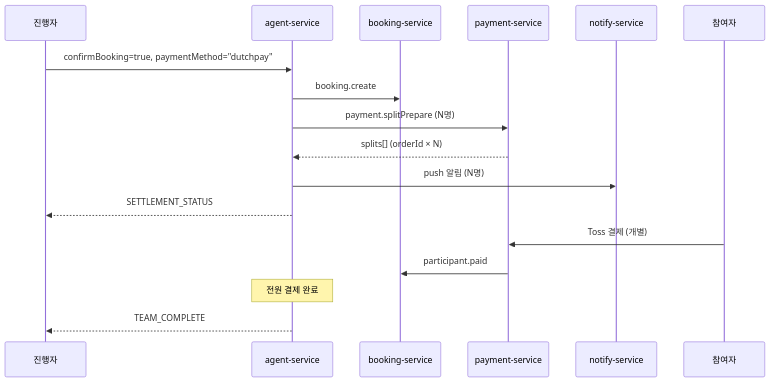
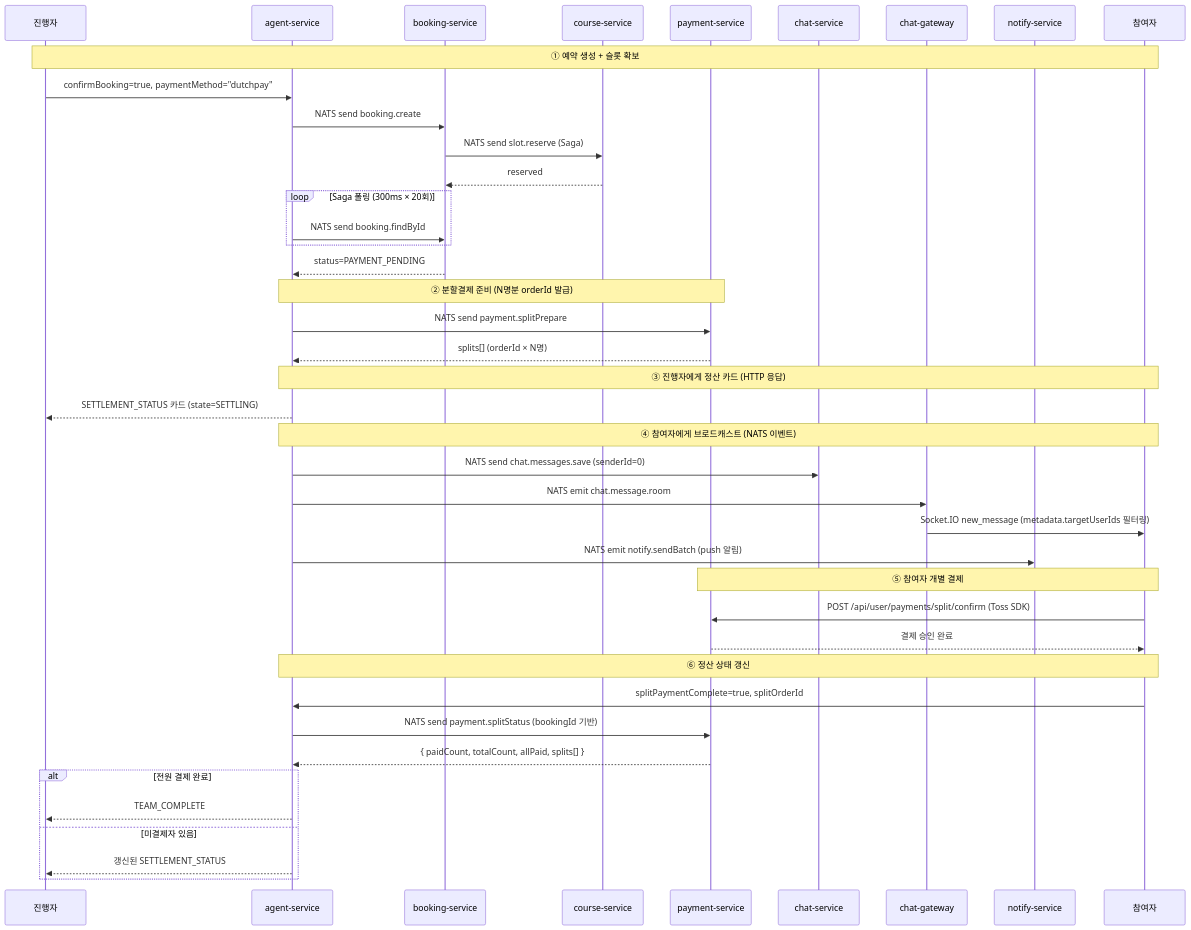
The third of 3 diagrams in docs/workflow/AGENT.md (uniyous/parkgolf-platform), drawn with Mermaid before and after one commit. The commit also changed other lines of this file and 10 other files, not shown here.

First line of the commit message:
feat(chat): 더치페이 브로드캐스트 metadata 파싱 및 문서 현행화

````diff
--- a/docs/workflow/AGENT.md
+++ b/docs/workflow/AGENT.md
@@ -355,22 +365,51 @@
 ```mermaid
 sequenceDiagram
-    participant App as 진행자
+    participant Booker as 진행자
     participant Agent as agent-service
     participant Book as booking-service
+    participant Course as course-service
     participant Pay as payment-service
+    participant Chat as chat-service
+    participant GW as chat-gateway
     participant Notify as notify-service
     participant P as 참여자
 
-    App->>Agent: confirmBooking=true, paymentMethod="dutchpay"
-    Agent->>Book: booking.create
-    Agent->>Pay: payment.splitPrepare (N명)
-    Pay-->>Agent: splits[] (orderId × N)
-    Agent->>Notify: push 알림 (N명)
-    Agent-->>App: SETTLEMENT_STATUS
+    Note over Booker,P: ① 예약 생성 + 슬롯 확보
+    Booker->>Agent: confirmBooking=true, paymentMethod="dutchpay"
+    Agent->>Book: NATS send booking.create
+    Book->>Course: NATS send slot.reserve (Saga)
+    Course-->>Book: reserved
 
-    P->>Pay: Toss 결제 (개별)
-    Pay->>Book: participant.paid
+    loop Saga 폴링 (300ms × 20회)
+        Agent->>Book: NATS send booking.findById
+    end
+    Book-->>Agent: status=PAYMENT_PENDING
 
-    Note over Agent: 전원 결제 완료
-    Agent-->>App: TEAM_COMPLETE
+    Note over Agent,Pay: ② 분할결제 준비 (N명분 orderId 발급)
+    Agent->>Pay: NATS send payment.splitPrepare
+    Pay-->>Agent: splits[] (orderId × N명)
+
+    Note over Agent,P: ③ 진행자에게 정산 카드 (HTTP 응답)
+    Agent-->>Booker: SETTLEMENT_STATUS 카드 (state=SETTLING)
+
+    Note over Agent,P: ④ 참여자에게 브로드캐스트 (NATS 이벤트)
+    Agent->>Chat: NATS send chat.messages.save (senderId=0)
+    Agent->>GW: NATS emit chat.message.room
+    GW->>P: Socket.IO new_message (metadata.targetUserIds 필터링)
+    Agent->>Notify: NATS emit notify.sendBatch (push 알림)
+
+    Note over P,Pay: ⑤ 참여자 개별 결제
+    P->>Pay: POST /api/user/payments/split/confirm (Toss SDK)
+    Pay-->>P: 결제 승인 완료
+
+    Note over P,Agent: ⑥ 정산 상태 갱신
+    P->>Agent: splitPaymentComplete=true, splitOrderId
+    Agent->>Pay: NATS send payment.splitStatus (bookingId 기반)
+    Pay-->>Agent: { paidCount, totalCount, allPaid, splits[] }
+
+    alt 전원 결제 완료
+        Agent-->>Booker: TEAM_COMPLETE
+    else 미결제자 있음
+        Agent-->>Booker: 갱신된 SETTLEMENT_STATUS
+    end
 ```
````
